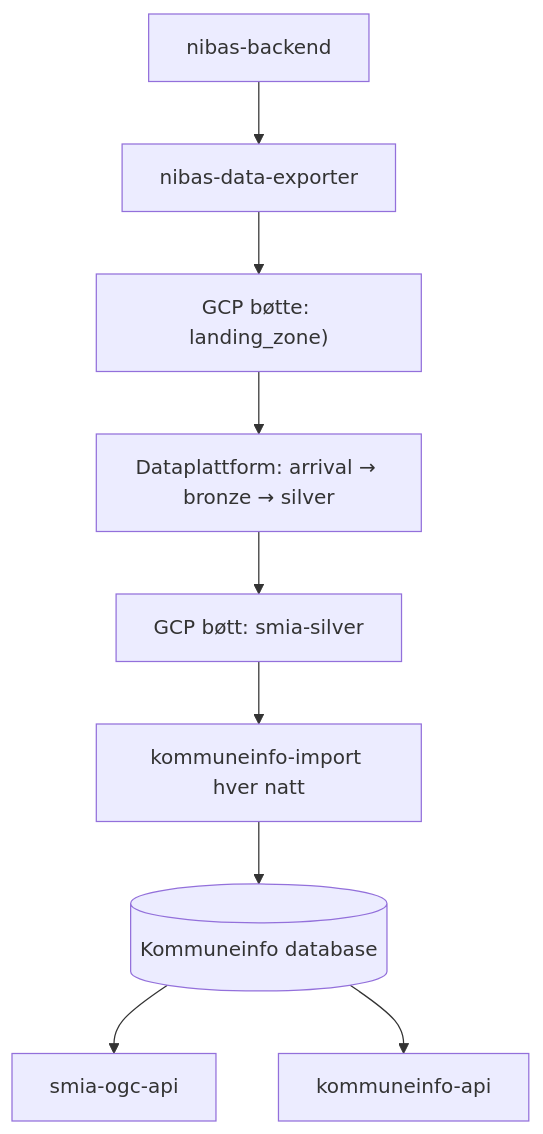
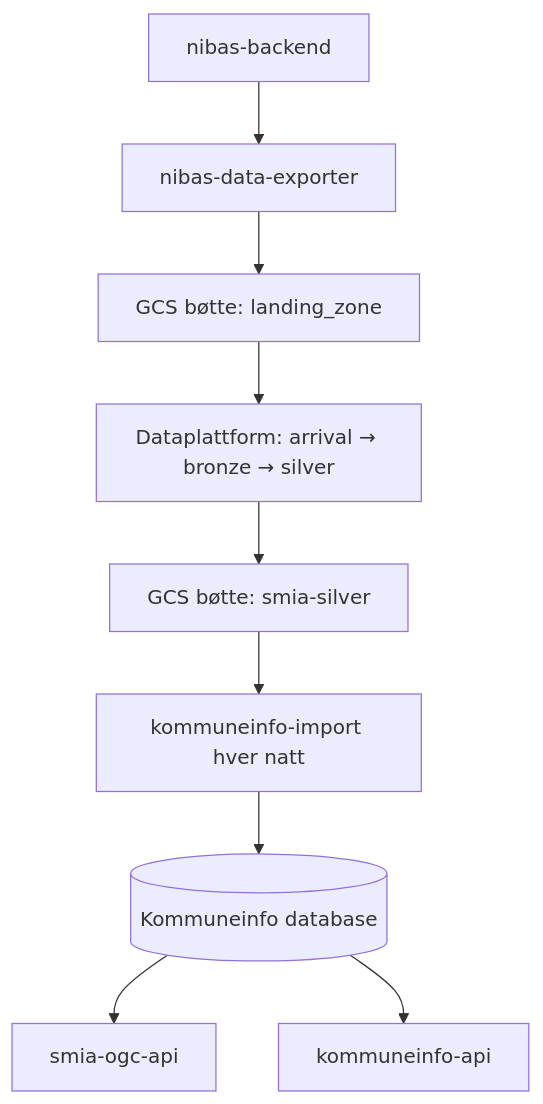
The diagram in docs/dataflyt.md (kartverket/smia-ogc-api), drawn with Mermaid before and after one commit. The commit also changed other lines of this file and 4 other files, not shown here.

````diff
--- a/docs/dataflyt.md
+++ b/docs/dataflyt.md
@@ -7,21 +7,21 @@
 ```mermaid
 flowchart TD
     nibas["nibas-backend"]
     exporter["nibas-data-exporter"]
-    landing["GCP bøtte: landing_zone)"]
+    landing["GCS bøtte: landing_zone"]
     dp["Dataplattform: arrival → bronze → silver"]
-    silver["GCP bøtt: smia-silver"]
+    silver["GCS bøtte: smia-silver"]
     import["kommuneinfo-import hver natt"]
     db[("Kommuneinfo database")]
     ogc["smia-ogc-api"]
     kommuneinfo["kommuneinfo-api"]
 
     nibas --> exporter
     exporter --> landing
     landing --> dp
     dp --> silver
     silver --> import
     import --> db
     db --> ogc
     db --> kommuneinfo
 ```
````
